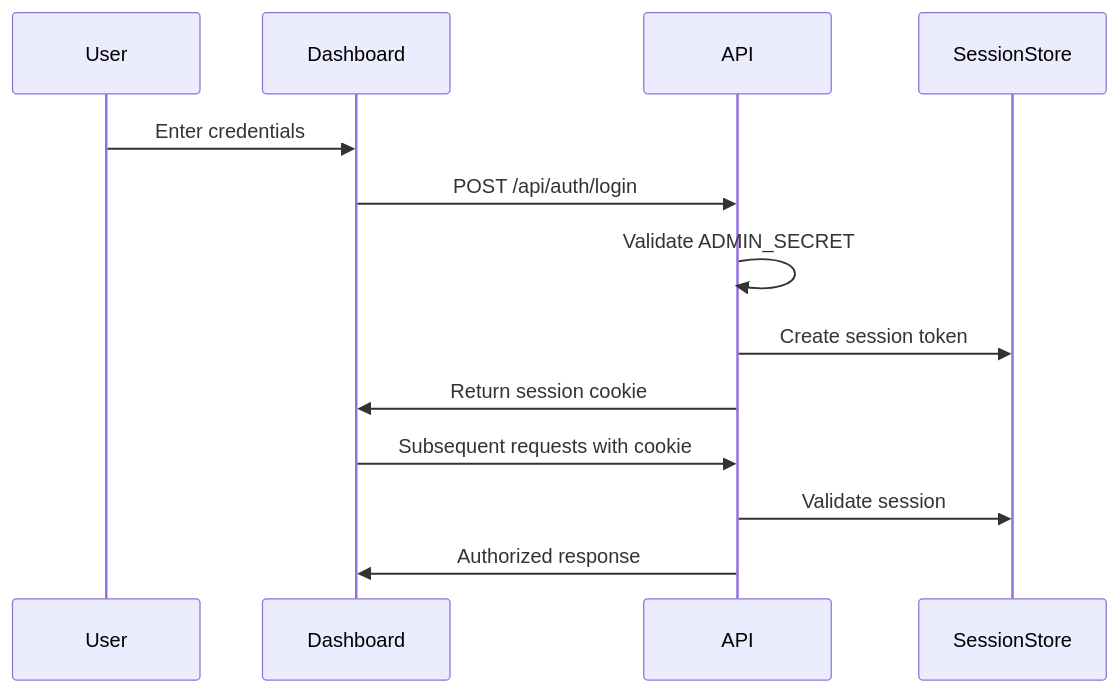
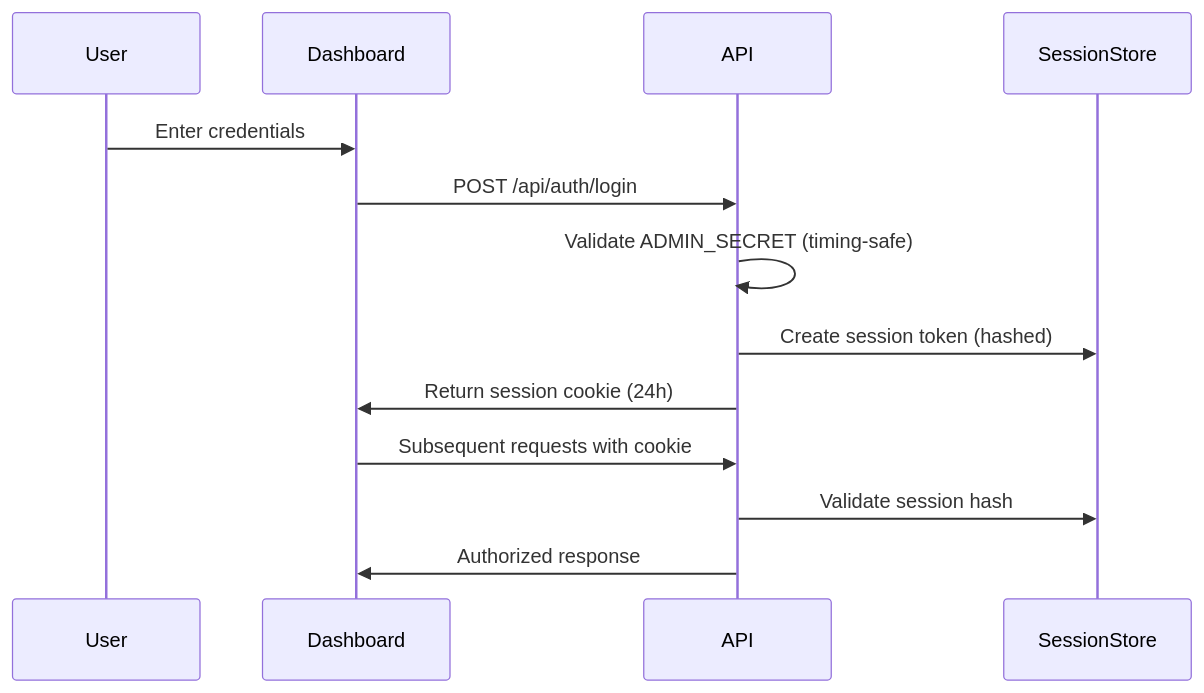
One commit to rxaimbot3-design/Testing-Bot changed the second of 4 diagrams in ARCHITECTURE.md. Above: the diagram before and after it, drawn with Mermaid. The commit also changed other lines of this file and 32 other files, not shown here.

````diff
--- a/ARCHITECTURE.md
+++ b/ARCHITECTURE.md
@@ -105,16 +229,16 @@
 ```mermaid
 sequenceDiagram
     participant User
     participant Dashboard
     participant API
     participant SessionStore
 
     User->>Dashboard: Enter credentials
     Dashboard->>API: POST /api/auth/login
-    API->>API: Validate ADMIN_SECRET
-    API->>SessionStore: Create session token
-    API->>Dashboard: Return session cookie
+    API->>API: Validate ADMIN_SECRET (timing-safe)
+    API->>SessionStore: Create session token (hashed)
+    API->>Dashboard: Return session cookie (24h)
     Dashboard->>API: Subsequent requests with cookie
-    API->>SessionStore: Validate session
+    API->>SessionStore: Validate session hash
     API->>Dashboard: Authorized response
 ```
````
